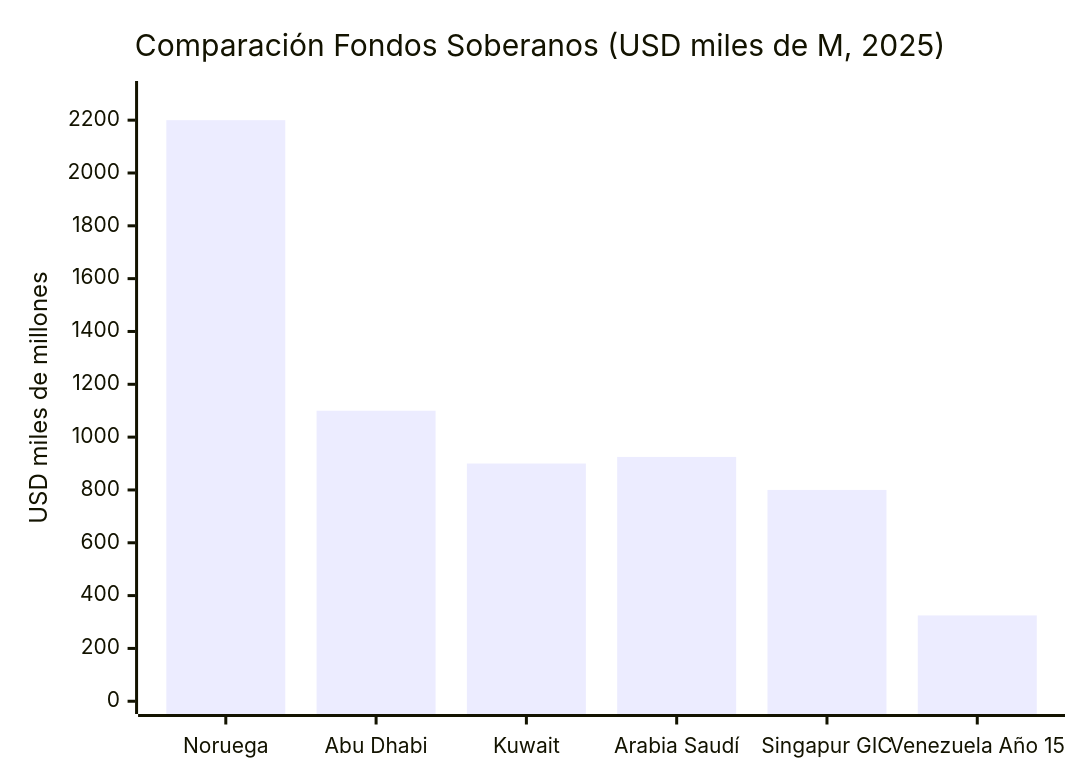
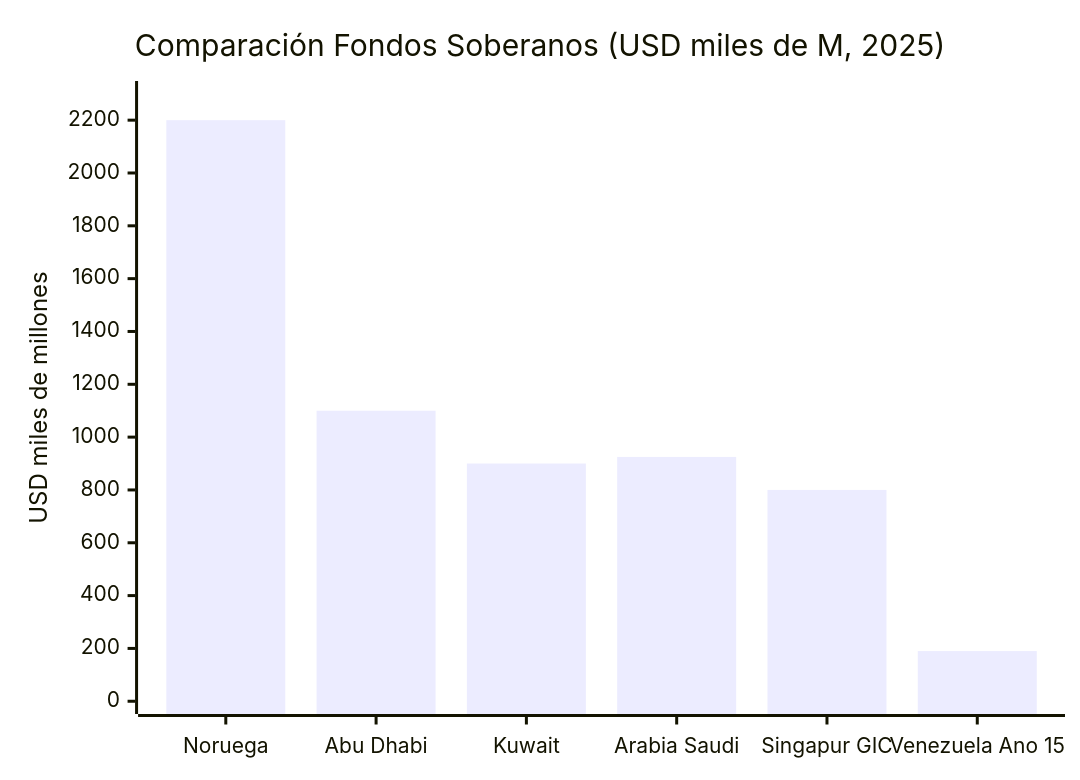
One commit to Venezuela-S-A/venezuela-sa changed the second of 3 diagrams in docs/02-motor-financiero/fondo-soberano.md. Above: the diagram before and after it, drawn with Mermaid. The commit also changed other lines of this file and 10 other files, not shown here.

````diff
--- a/docs/02-motor-financiero/fondo-soberano.md
+++ b/docs/02-motor-financiero/fondo-soberano.md
@@ -29,7 +28,7 @@
 ```mermaid
 xychart-beta
     title "Comparación Fondos Soberanos (USD miles de M, 2025)"
-    x-axis ["Noruega", "Abu Dhabi", "Kuwait", "Arabia Saudí", "Singapur GIC", "Venezuela Año 15"]
+    x-axis ["Noruega", "Abu Dhabi", "Kuwait", "Arabia Saudi", "Singapur GIC", "Venezuela Ano 15"]
     y-axis "USD miles de millones" 0 --> 2300
-    bar [2200, 1100, 900, 925, 800, 325]
+    bar [2200, 1100, 900, 925, 800, 190]
 ```
````
